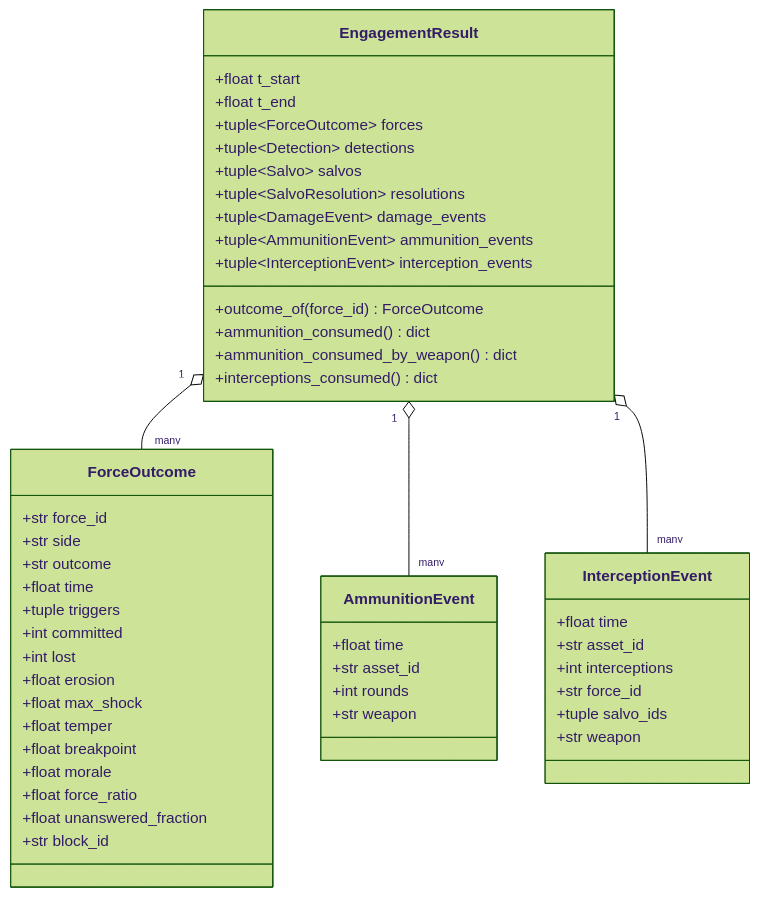
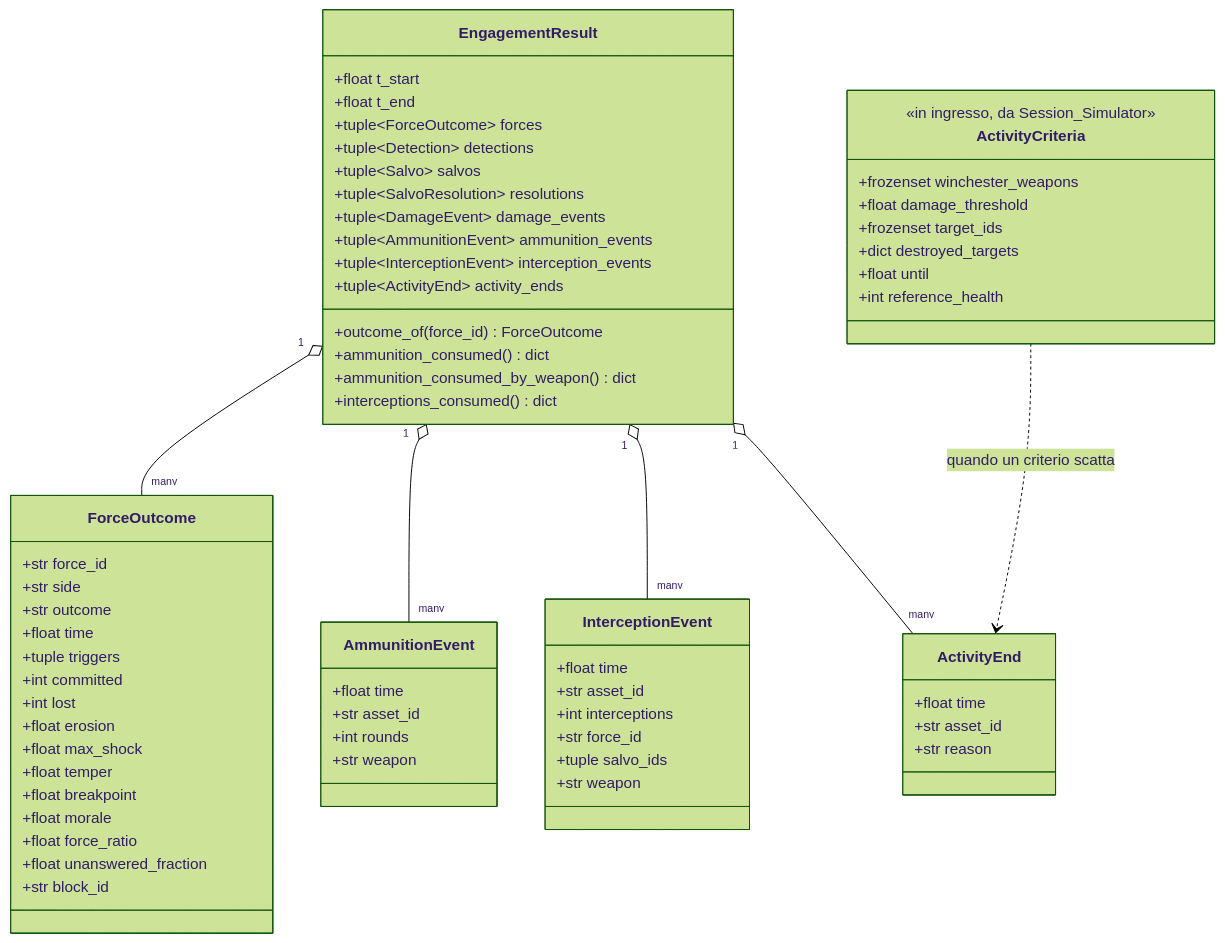
One commit to MakusIV/Warfare-Model changed the second of 18 diagrams in Analysis/Document/Manuale_Motore_DES/05_Strato2_Risolutore_Ingaggio.md. Above: the diagram before and after it, drawn with Mermaid (forest theme). The commit also changed other lines of this file and 9 other files, not shown here.

````diff
--- a/Analysis/Document/Manuale_Motore_DES/05_Strato2_Risolutore_Ingaggio.md
+++ b/Analysis/Document/Manuale_Motore_DES/05_Strato2_Risolutore_Ingaggio.md
@@ -539,56 +567,75 @@
 ```mermaid
 classDiagram
     class ForceOutcome {
         +str force_id
         +str side
         +str outcome
         +float time
         +tuple triggers
         +int committed
         +int lost
         +float erosion
         +float max_shock
         +float temper
         +float breakpoint
         +float morale
         +float force_ratio
         +float unanswered_fraction
         +str block_id
     }
 
     class AmmunitionEvent {
         +float time
         +str asset_id
         +int rounds
         +str weapon
     }
 
     class InterceptionEvent {
         +float time
         +str asset_id
         +int interceptions
         +str force_id
         +tuple salvo_ids
         +str weapon
     }
 
     class EngagementResult {
         +float t_start
         +float t_end
         +tuple~ForceOutcome~ forces
         +tuple~Detection~ detections
         +tuple~Salvo~ salvos
         +tuple~SalvoResolution~ resolutions
         +tuple~DamageEvent~ damage_events
         +tuple~AmmunitionEvent~ ammunition_events
         +tuple~InterceptionEvent~ interception_events
+        +tuple~ActivityEnd~ activity_ends
         +outcome_of(force_id) ForceOutcome
         +ammunition_consumed() dict
         +ammunition_consumed_by_weapon() dict
         +interceptions_consumed() dict
     }
 
+    class ActivityEnd {
+        +float time
+        +str asset_id
+        +str reason
+    }
+
+    class ActivityCriteria {
+        <<in ingresso, da Session_Simulator>>
+        +frozenset winchester_weapons
+        +float damage_threshold
+        +frozenset target_ids
+        +dict destroyed_targets
+        +float until
+        +int reference_health
+    }
+
     EngagementResult "1" o-- "many" ForceOutcome
     EngagementResult "1" o-- "many" AmmunitionEvent
     EngagementResult "1" o-- "many" InterceptionEvent
+    EngagementResult "1" o-- "many" ActivityEnd
+    ActivityCriteria ..> ActivityEnd : quando un criterio scatta
 ```
````
